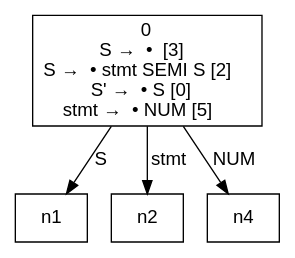
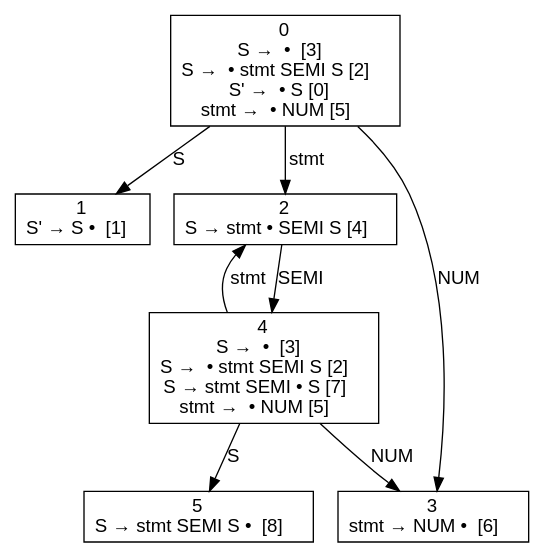
One commit to dragonsarebest/Compiler changed the diagram in PleaseWork/PleaseWork/g9.txt.dfa.dot. Above: the diagram before and after it, drawn with Graphviz. The commit also changed 12 other files, not shown here.

```diff
--- a/PleaseWork/PleaseWork/g9.txt.dfa.dot
+++ b/PleaseWork/PleaseWork/g9.txt.dfa.dot
@@ -1,8 +1,17 @@
 digraph d{
 node [fontname=Helvetica,shape=box];
 edge [fontname=Helvetica];
 n0 [label=<0<br />S →  •  [3]<br />S →  • stmt SEMI S [2]<br />S' →  • S [0]<br />stmt →  • NUM [5]>];
+n1 [label=<1<br />S' → S •  [1]>];
+n2 [label=<2<br />S → stmt • SEMI S [4]>];
+n3 [label=<3<br />stmt → NUM •  [6]>];
+n4 [label=<4<br />S →  •  [3]<br />S →  • stmt SEMI S [2]<br />S → stmt SEMI • S [7]<br />stmt →  • NUM [5]>];
+n5 [label=<5<br />S → stmt SEMI S •  [8]>];
 n0 -> n1 [label="S"];
 n0 -> n2 [label="stmt"];
-n0 -> n4 [label="NUM"];
+n0 -> n3 [label="NUM"];
+n2 -> n4 [label="SEMI"];
+n4 -> n5 [label="S"];
+n4 -> n2 [label="stmt"];
+n4 -> n3 [label="NUM"];
 }
```
